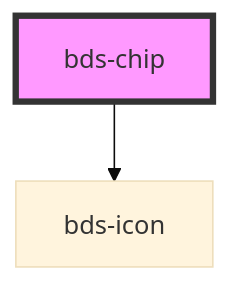
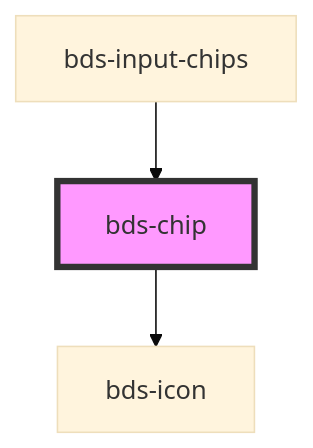
Before and after one commit to takenet/blip-ds: the diagram in src/components/chip/readme.md, drawn with Mermaid (base theme). The commit also changed other lines of this file and 10 other files, not shown here.

````diff
--- a/src/components/chip/readme.md
+++ b/src/components/chip/readme.md
@@ -35,5 +39,6 @@
 ```mermaid
 graph TD;
   bds-chip --> bds-icon
+  bds-input-chips --> bds-chip
   style bds-chip fill:#f9f,stroke:#333,stroke-width:4px
 ```
````
